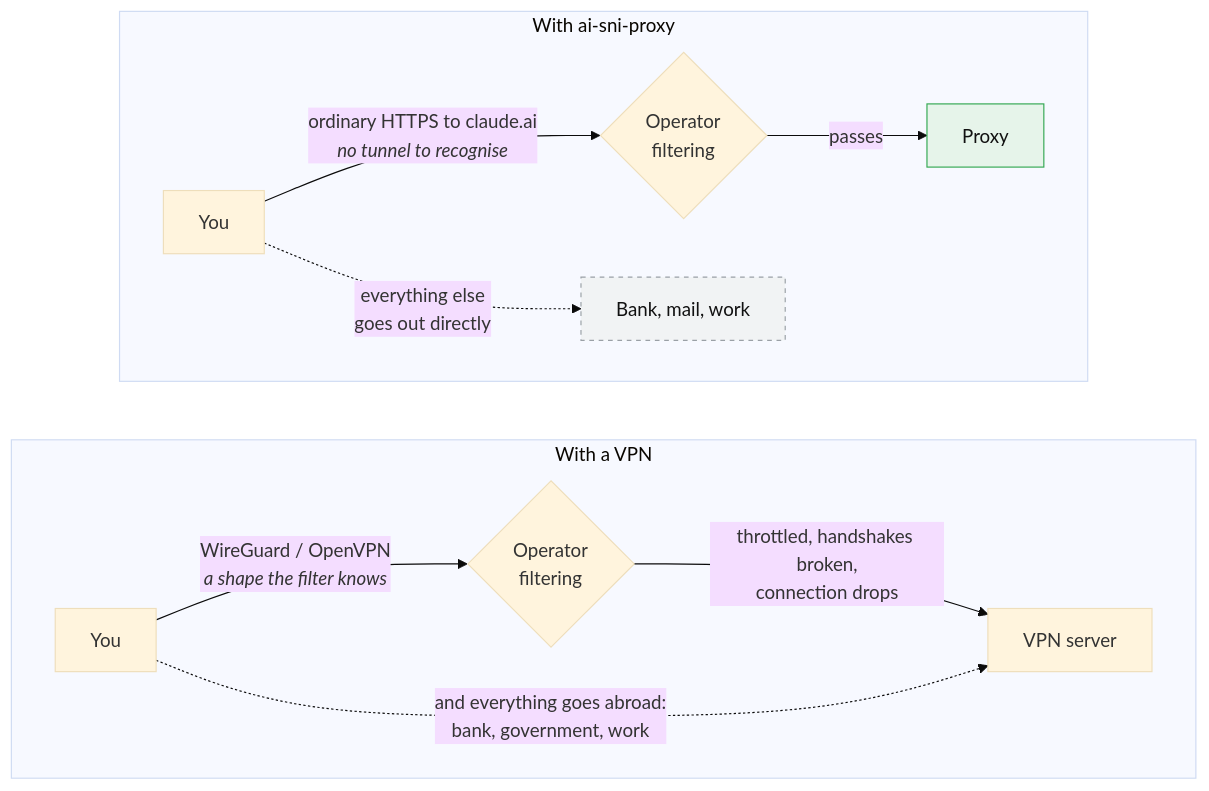
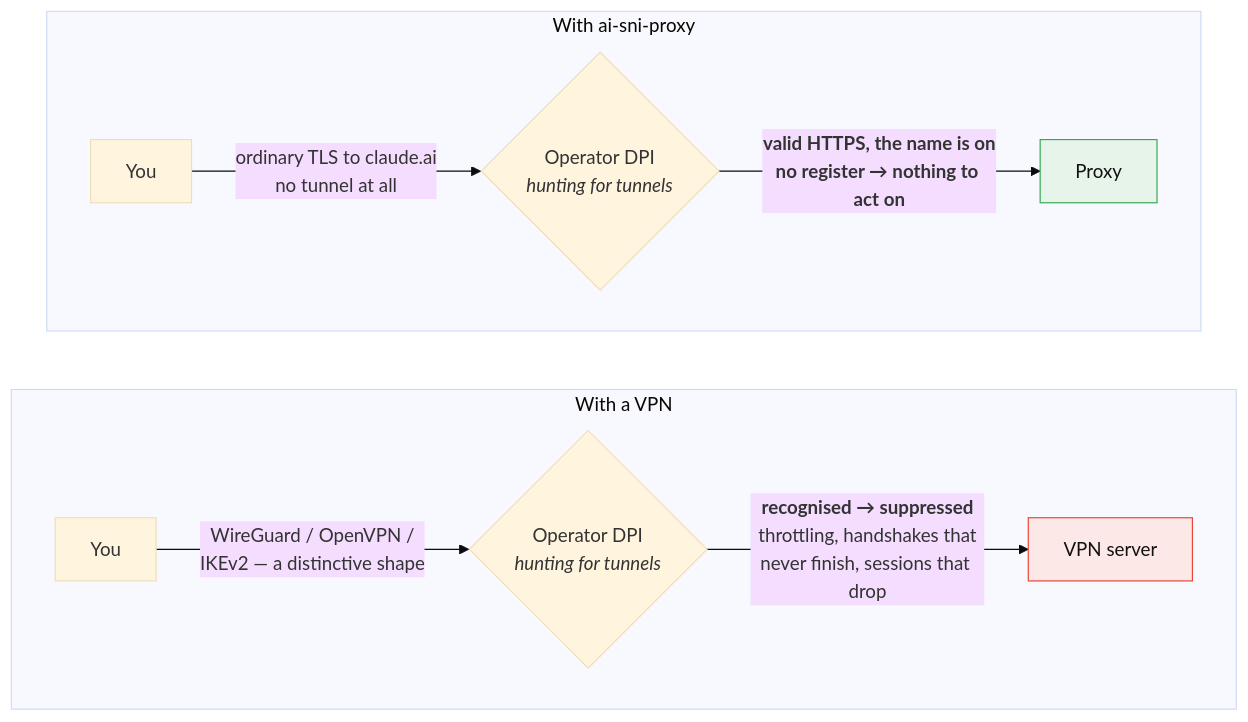
Before and after one commit to SteepMans/ai-sni-proxy: the second of 4 diagrams in README.en.md, drawn with Mermaid (base theme). The commit also changed other lines of this file and 1 other file, not shown here.

Commit message:
Sharpen the VPN comparison: the tunnel itself is what gets suppressed

````diff
--- a/README.en.md
+++ b/README.en.md
@@ -57,19 +58,17 @@
 ```mermaid
 flowchart LR
     subgraph V["With a VPN"]
         direction LR
-        U1["You"] -->|"WireGuard / OpenVPN<br/><i>a shape the filter knows</i>"| T1{"Operator<br/>filtering"}
-        T1 -->|"throttled, handshakes broken,<br/>connection drops"| S1["VPN server"]
-        U1 -.->|"and everything goes abroad:<br/>bank, government, work"| S1
+        U1["You"] -->|"WireGuard / OpenVPN /<br/>IKEv2 — a distinctive shape"| T1{"Operator DPI<br/><i>hunting for tunnels</i>"}
+        T1 -->|"<b>recognised → suppressed</b><br/>throttling, handshakes that<br/>never finish, sessions that drop"| S1["VPN server"]
     end
 
     subgraph D["With ai-sni-proxy"]
         direction LR
-        U2["You"] -->|"ordinary HTTPS to claude.ai<br/><i>no tunnel to recognise</i>"| T2{"Operator<br/>filtering"}
-        T2 -->|"passes"| S2["Proxy"]
-        U2 -.->|"everything else<br/>goes out directly"| O2["Bank, mail, work"]
+        U2["You"] -->|"ordinary TLS to claude.ai<br/>no tunnel at all"| T2{"Operator DPI<br/><i>hunting for tunnels</i>"}
+        T2 -->|"<b>valid HTTPS, the name is on<br/>no register → nothing to act on</b>"| S2["Proxy"]
     end
 
+    style S1 fill:#fce8e6,stroke:#ea4335,color:#111
     style S2 fill:#e6f4ea,stroke:#34a853,color:#111
-    style O2 fill:#f1f3f4,stroke:#9aa0a6,color:#111,stroke-dasharray: 4 4
 ```
````
